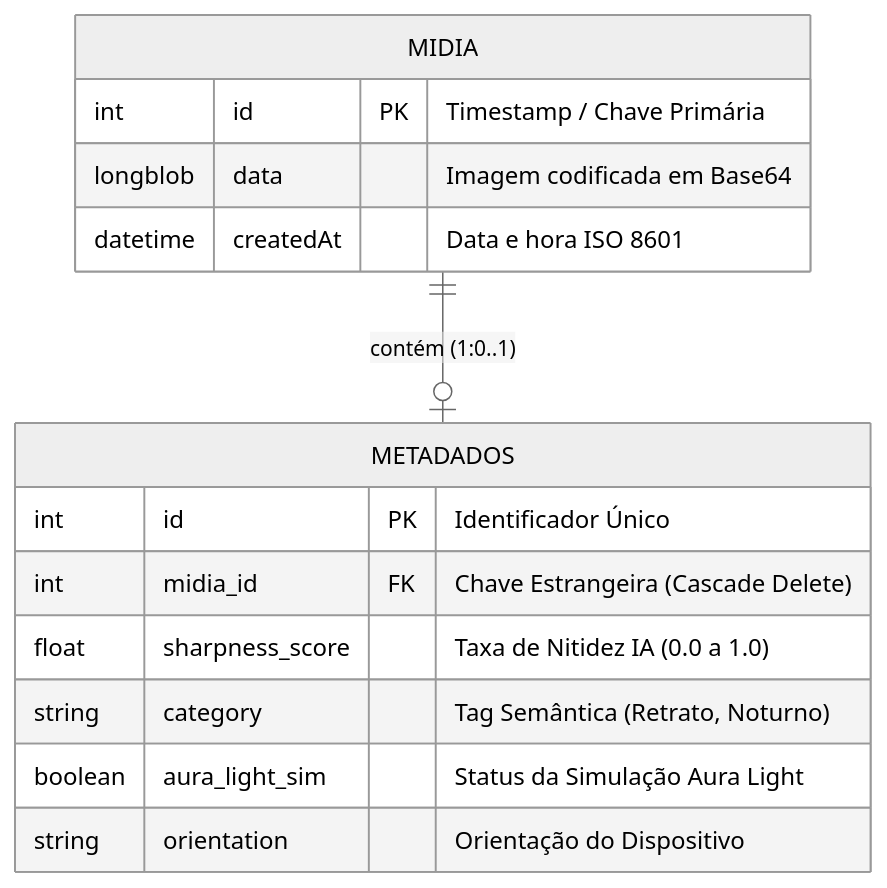
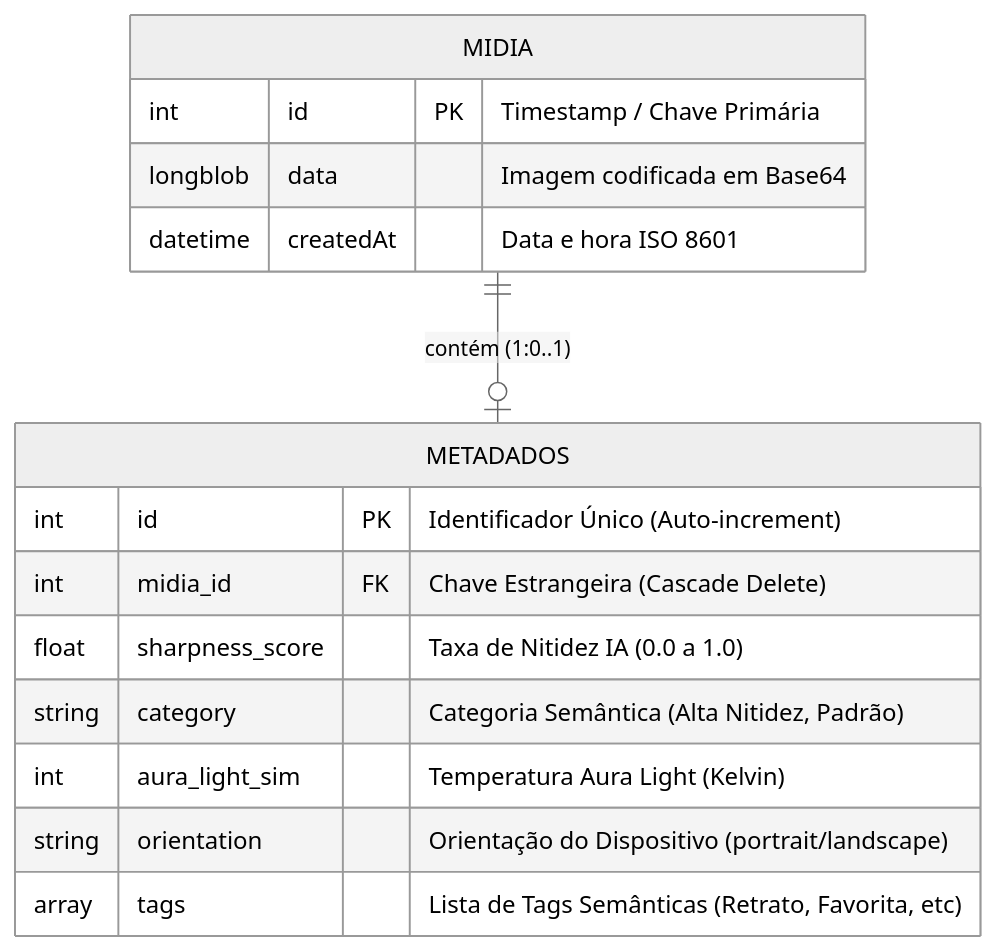
The diagram in docs/apresentacao-sprint2.md (jgfurlan/JOVI-Flow-FIAP-2026), drawn with Mermaid (neutral theme) before and after one commit. The commit also changed other lines of this file and 2 other files, not shown here.

Commit message:
[JOVI-113] docs: align presentation deck and PDF with real MER stores, tags, gallery selection, screen flash and download

````diff
--- a/docs/apresentacao-sprint2.md
+++ b/docs/apresentacao-sprint2.md
@@ -54,19 +54,20 @@
 ```mermaid
 erDiagram
     MIDIA ||--o| METADADOS : "contém (1:0..1)"
 
     MIDIA {
         int id PK "Timestamp / Chave Primária"
         longblob data "Imagem codificada em Base64"
         datetime createdAt "Data e hora ISO 8601"
     }
 
     METADADOS {
-        int id PK "Identificador Único"
+        int id PK "Identificador Único (Auto-increment)"
         int midia_id FK "Chave Estrangeira (Cascade Delete)"
         float sharpness_score "Taxa de Nitidez IA (0.0 a 1.0)"
-        string category "Tag Semântica (Retrato, Noturno)"
-        boolean aura_light_sim "Status da Simulação Aura Light"
-        string orientation "Orientação do Dispositivo"
+        string category "Categoria Semântica (Alta Nitidez, Padrão)"
+        int aura_light_sim "Temperatura Aura Light (Kelvin)"
+        string orientation "Orientação do Dispositivo (portrait/landscape)"
+        array tags "Lista de Tags Semânticas (Retrato, Favorita, etc)"
     }
 ```
````
